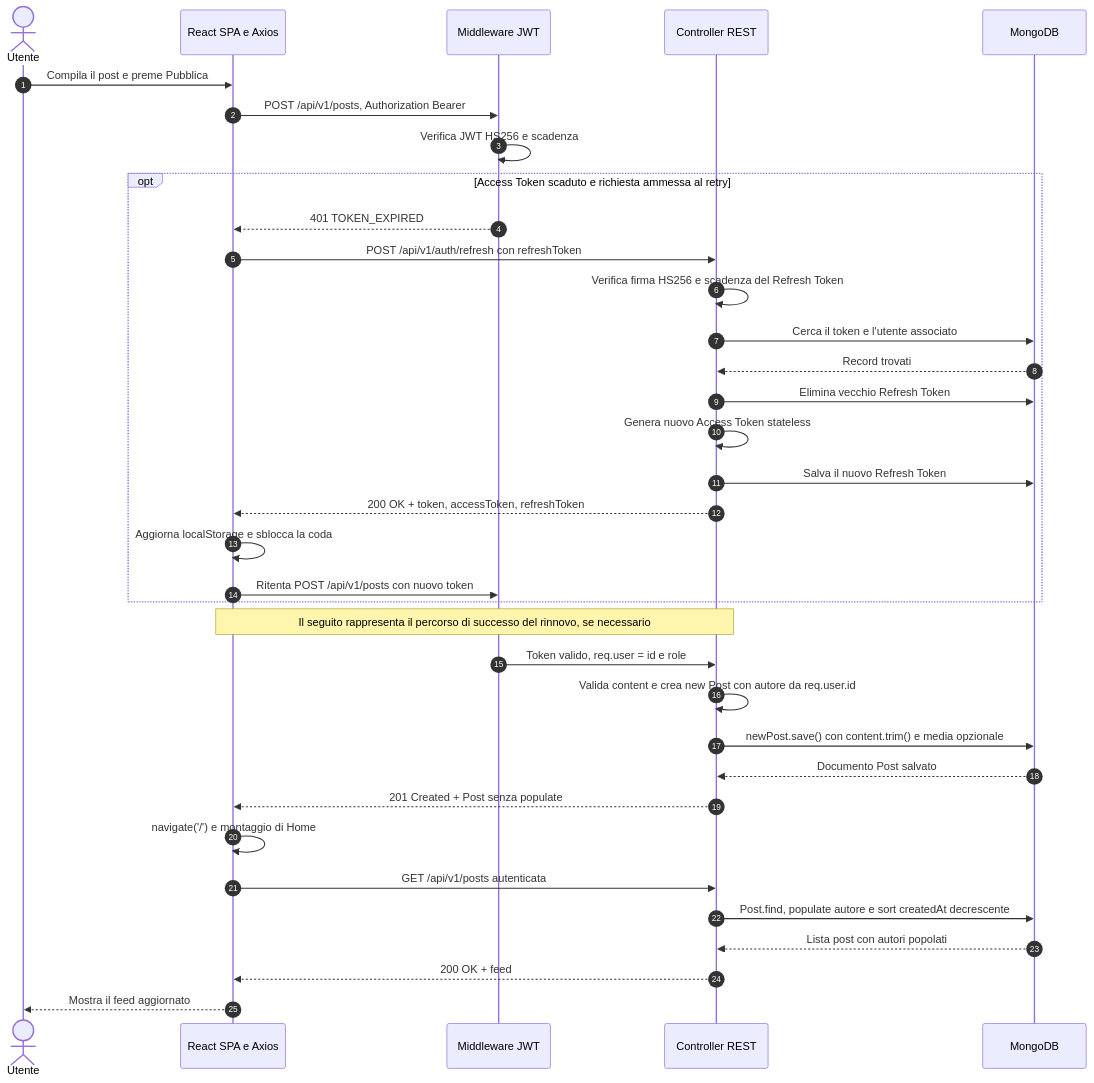
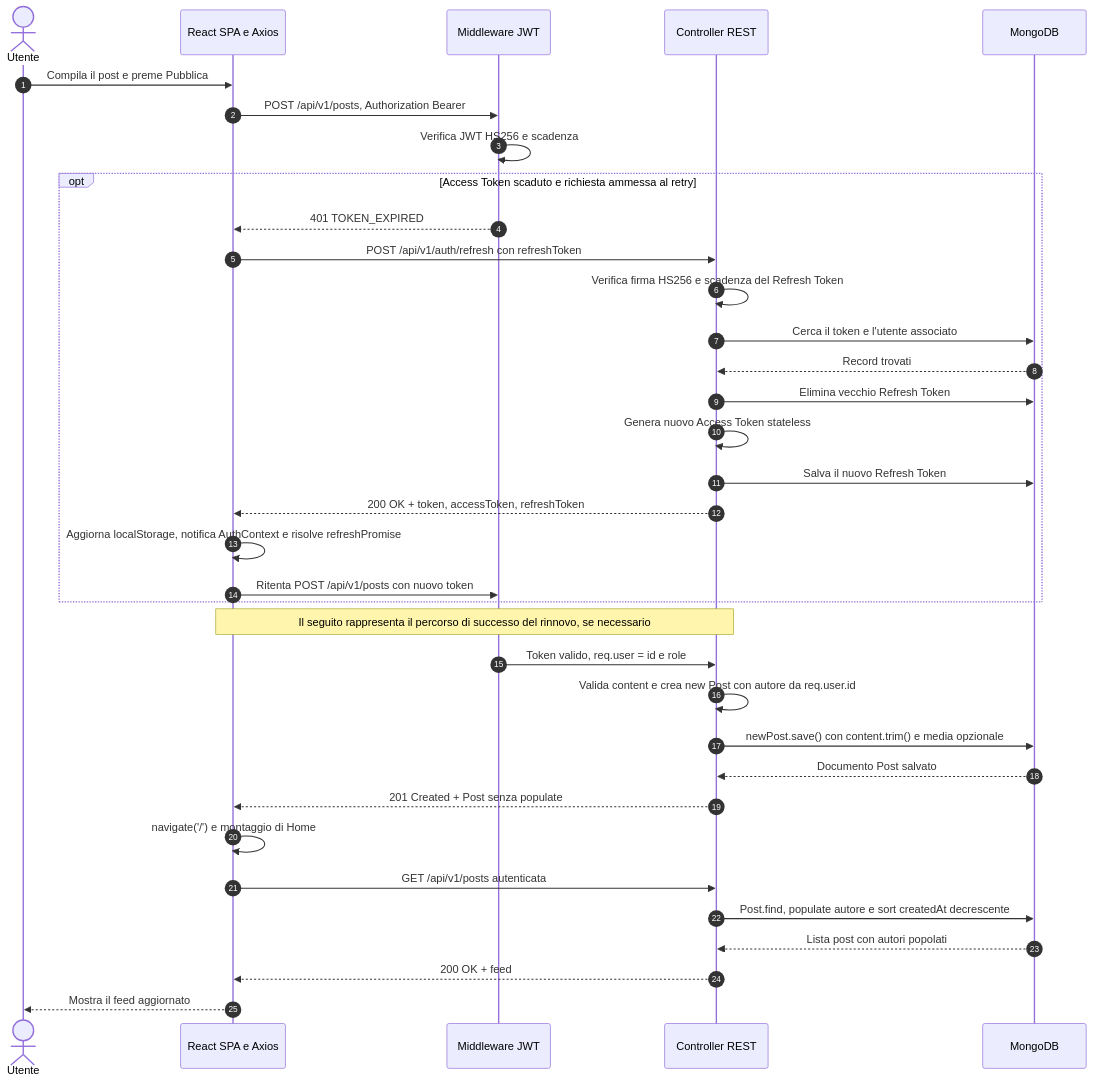
The fourth of 5 diagrams in README.md (LucaValenz/JamPulse), drawn with Mermaid before and after one commit. The commit also changed other lines of this file and 6 other files, not shown here.

````diff
--- a/README.md
+++ b/README.md
@@ -300,38 +298,38 @@
 ```mermaid
 sequenceDiagram
     autonumber
     actor Utente
     participant FE as React SPA e Axios
     participant Auth as Middleware JWT
     participant BE as Controller REST
     participant DB as MongoDB
 
     Utente ->> FE: Compila il post e preme Pubblica
     FE ->> Auth: POST /api/v1/posts, Authorization Bearer
     Auth ->> Auth: Verifica JWT HS256 e scadenza
     opt Access Token scaduto e richiesta ammessa al retry
         Auth -->> FE: 401 TOKEN_EXPIRED
         FE ->> BE: POST /api/v1/auth/refresh con refreshToken
         BE ->> BE: Verifica firma HS256 e scadenza del Refresh Token
         BE ->> DB: Cerca il token e l'utente associato
         DB -->> BE: Record trovati
         BE ->> DB: Elimina vecchio Refresh Token
         BE ->> BE: Genera nuovo Access Token stateless
         BE ->> DB: Salva il nuovo Refresh Token
         BE -->> FE: 200 OK + token, accessToken, refreshToken
-        FE ->> FE: Aggiorna localStorage e sblocca la coda
+        FE ->> FE: Aggiorna localStorage, notifica AuthContext e risolve refreshPromise
         FE ->> Auth: Ritenta POST /api/v1/posts con nuovo token
     end
     Note over FE,BE: Il seguito rappresenta il percorso di successo del rinnovo, se necessario
     Auth ->> BE: Token valido, req.user = id e role
     BE ->> BE: Valida content e crea new Post con autore da req.user.id
     BE ->> DB: newPost.save() con content.trim() e media opzionale
     DB -->> BE: Documento Post salvato
     BE -->> FE: 201 Created + Post senza populate
     FE ->> FE: navigate('/') e montaggio di Home
     FE ->> BE: GET /api/v1/posts autenticata
     BE ->> DB: Post.find, populate autore e sort createdAt decrescente
     DB -->> BE: Lista post con autori popolati
     BE -->> FE: 200 OK + feed
     FE -->> Utente: Mostra il feed aggiornato
 ```
````
